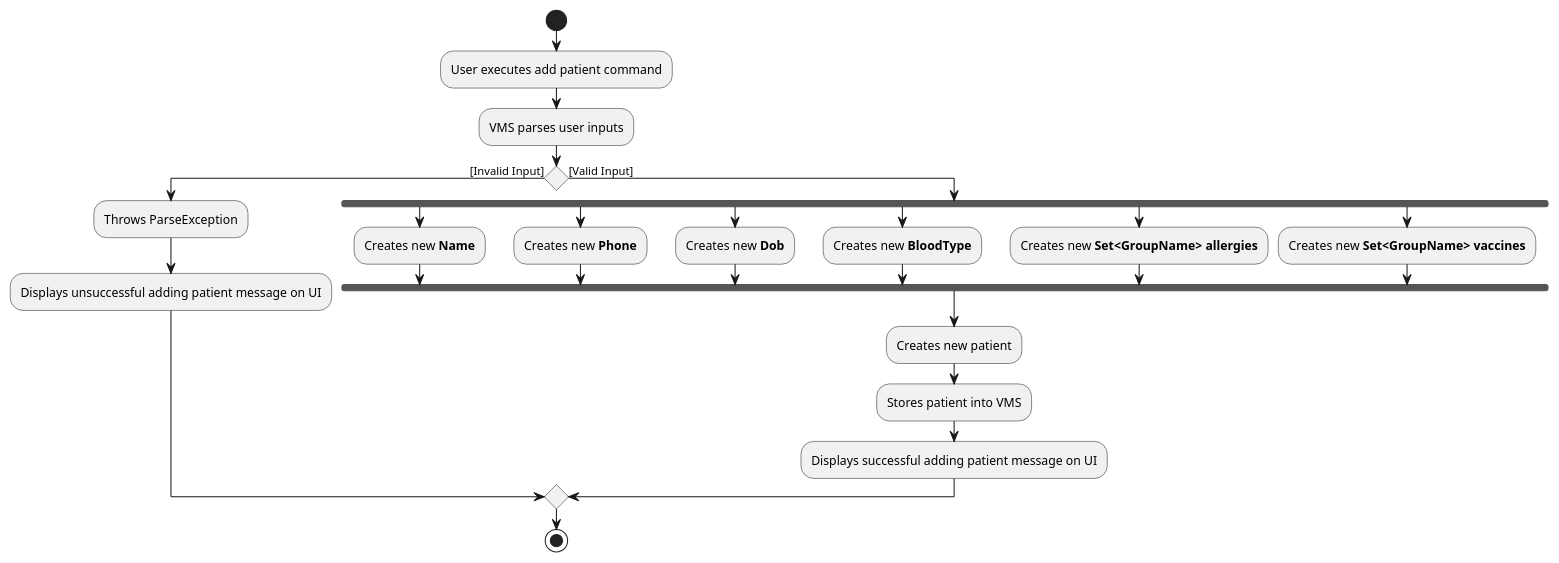
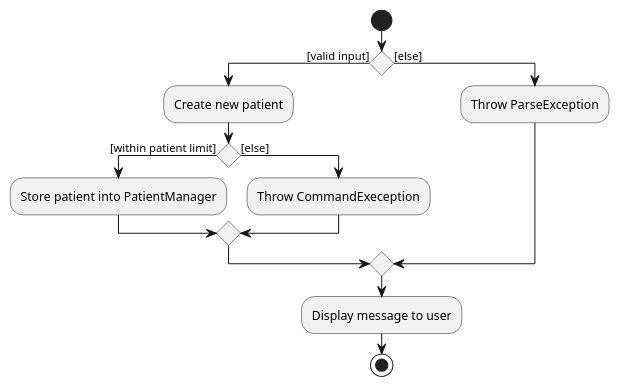
Before and after one commit to nus-cs2103-AY2223S2/tp: the diagram in docs/diagrams/patient/AddActivityDiagram.puml, drawn with PlantUML.

Commit message:
Complete add command

```diff
--- a/docs/diagrams/patient/AddActivityDiagram.puml
+++ b/docs/diagrams/patient/AddActivityDiagram.puml
@@ -1,27 +1,15 @@
-@startuml
+@startuml AddPatientActivityDiagram
 start
-:User executes add patient command;
-:VMS parses user inputs;
-if() then ([Invalid Input])
-    :Throws ParseException;
-    :Displays unsuccessful adding patient message on UI;
-else ([Valid Input])
-    fork
-    :Creates new **Name**;
-    fork again
-    :Creates new **Phone**;
-    fork again
-    :Creates new **Dob**;
-    fork again
-    :Creates new **BloodType**;
-    fork again
-    :Creates new **Set<GroupName> allergies**;
-    fork again
-    :Creates new **Set<GroupName> vaccines**;
-    end fork
-    :Creates new patient;
-    :Stores patient into VMS;
-    :Displays successful adding patient message on UI;
+if() then ([valid input])
+    :Create new patient;
+    if() then ([within patient limit])
+        :Store patient into PatientManager;
+    else ([else])
+        :Throw CommandExeception;
+    endif;
+else ([else])
+    :Throw ParseException;
 endif;
+:Display message to user;
 stop
 @enduml
```
